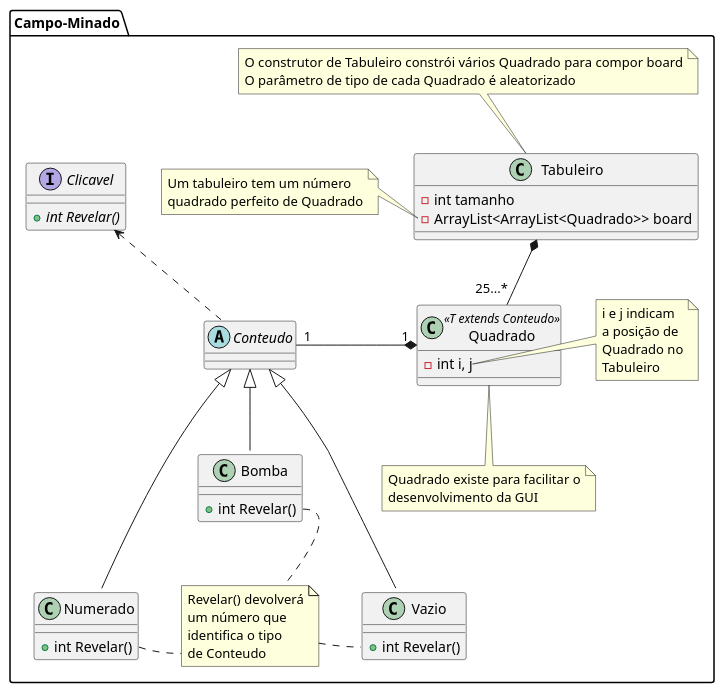
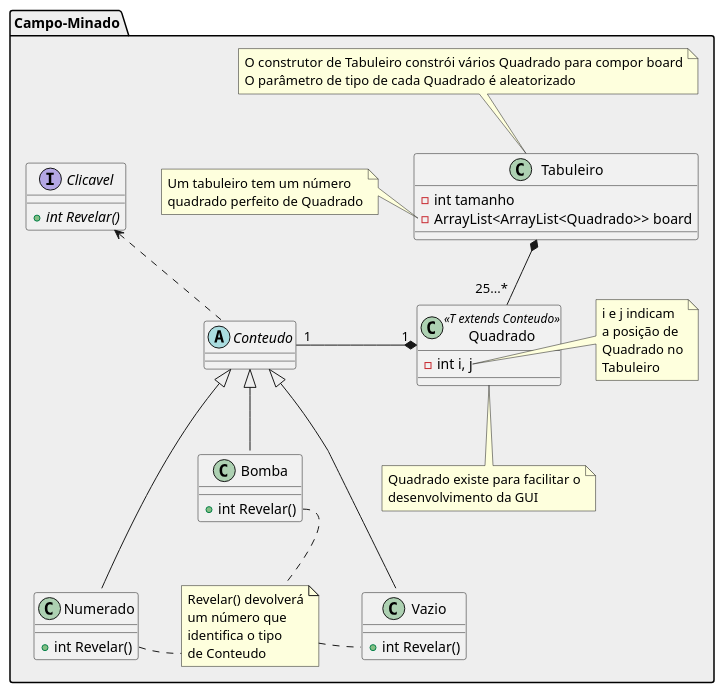
Before and after one commit to AzurePi/Campo-Minado: the diagram in documentation/propostaInicial/CampoMinado.puml, drawn with PlantUML. The commit also changed 9 other files, not shown here.

```diff
--- a/documentation/propostaInicial/CampoMinado.puml
+++ b/documentation/propostaInicial/CampoMinado.puml
@@ -1,64 +1,64 @@
 @startuml
 
-package Campo-Minado{
+package Campo-Minado #EEE{
     class Tabuleiro{
         - int tamanho
         - ArrayList<ArrayList<Quadrado>> board
     }
     note top of Tabuleiro
         O construtor de Tabuleiro constrói vários Quadrado para compor board
         O parâmetro de tipo de cada Quadrado é aleatorizado
     end note
     note left of Tabuleiro::board
         Um tabuleiro tem um número
         quadrado perfeito de Quadrado
     end note
     class Quadrado <<T extends Conteudo>>{
         - int i, j
     }
     note bottom of Quadrado
         Quadrado existe para facilitar o
         desenvolvimento da GUI
     end note
     note right of Quadrado::i
         i e j indicam
         a posição de
         Quadrado no
         Tabuleiro
     end note
 
     Quadrado "1" *-left- "1" Conteudo
     Tabuleiro *-- "25...*" Quadrado
 
 
     interface Clicavel{
         + {abstract} int Revelar()
     }
     abstract class Conteudo{}
     class Vazio{
         + int Revelar()
     }
     class Numerado{
         + int Revelar()
     }
     class Bomba{
         + int Revelar()
     }
     note as N1
         Revelar() devolverá
         um número que
         identifica o tipo
         de Conteudo
     end note
 
     Clicavel <.. Conteudo
     Conteudo <|-- Vazio
     Conteudo <|-- Numerado
     Conteudo <|-- Bomba
     Vazio::Revelar .left. N1
     Numerado::Revelar .right. N1
     Bomba::Revelar .down. N1
 
 }
 
 @enduml
```
